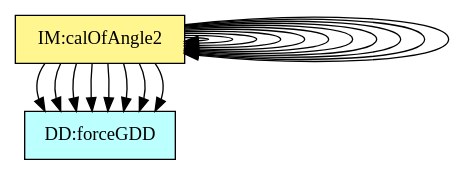
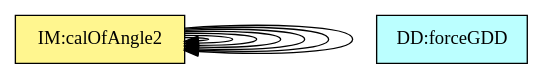
Before and after one commit to JacquesCarette/Drasil: the diagram in code/stable/dblpend/TraceyGraph/refvsref.dot, drawn with Graphviz. The commit also changed 177 other files, not shown here.

```diff
--- a/code/stable/dblpend/TraceyGraph/refvsref.dot
+++ b/code/stable/dblpend/TraceyGraph/refvsref.dot
@@ -1,71 +1,53 @@
 digraph refvsref {
-	theory:v_x1 -> dataDefn:velocity;
-	theory:v_x1 -> dataDefn:p_x1;
-	theory:v_y1 -> dataDefn:velocity;
-	theory:v_y1 -> dataDefn:p_y1;
-	theory:v_x2 -> dataDefn:velocity;
-	theory:v_x2 -> dataDefn:p_x2;
-	theory:v_y2 -> dataDefn:velocity;
-	theory:v_y2 -> dataDefn:p_y2;
 	theory:angleIM1 -> theory:angleIM2;
-	theory:angleIM2 -> theory:a_x1;
-	theory:angleIM2 -> theory:a_y1;
-	theory:angleIM2 -> theory:a_x2;
-	theory:angleIM2 -> theory:a_y2;
-	theory:angleIM2 -> theory:xForce1;
-	theory:angleIM2 -> theory:yForce1;
-	theory:angleIM2 -> theory:xForce2;
-	theory:angleIM2 -> theory:yForce2;
+	theory:angleIM2 -> theory:a_mv1;
+	theory:angleIM2 -> theory:a_mv2;
+	theory:angleIM2 -> theory:F_mv1;
+	theory:angleIM2 -> theory:F_mv2;
 	theory:angleIM2 -> theory:angleIM1;
 	theory:angleIM2 -> theory:angleIM2;
 
 
-	dataDefn:velocity	[shape=box, color=black, style=filled, fillcolor=paleturquoise1, label="DD:positionGDD"];
+	dataDefn:velocity	[shape=box, color=black, style=filled, fillcolor=paleturquoise1, label="DD:velocityGDD"];
 	dataDefn:p_x1	[shape=box, color=black, style=filled, fillcolor=paleturquoise1, label="DD:positionXDD1"];
 	dataDefn:p_y1	[shape=box, color=black, style=filled, fillcolor=paleturquoise1, label="DD:positionYDD1"];
 	dataDefn:p_x2	[shape=box, color=black, style=filled, fillcolor=paleturquoise1, label="DD:positionXDD2"];
 	dataDefn:p_y2	[shape=box, color=black, style=filled, fillcolor=paleturquoise1, label="DD:positionYDD2"];
 	dataDefn:acceleration	[shape=box, color=black, style=filled, fillcolor=paleturquoise1, label="DD:accelerationGDD"];
 	dataDefn:force	[shape=box, color=black, style=filled, fillcolor=paleturquoise1, label="DD:forceGDD"];
 
 	subgraph DD {
 	rank="same"
 	{dataDefn:velocity, dataDefn:p_x1, dataDefn:p_y1, dataDefn:p_x2, dataDefn:p_y2, dataDefn:acceleration, dataDefn:force}
 	}
 
 	theory:accelerationTM	[shape=box, color=black, style=filled, fillcolor=pink, label="TM:acceleration"];
 	theory:velocityTM	[shape=box, color=black, style=filled, fillcolor=pink, label="TM:velocity"];
 	theory:newtonSL	[shape=box, color=black, style=filled, fillcolor=pink, label="TM:NewtonSecLawMot"];
 
 	subgraph TM {
 	rank="same"
 	{theory:accelerationTM, theory:velocityTM, theory:newtonSL}
 	}
 
-	theory:v_x1	[shape=box, color=black, style=filled, fillcolor=palegreen, label="GD:velocityX1"];
-	theory:v_y1	[shape=box, color=black, style=filled, fillcolor=palegreen, label="GD:velocityY1"];
-	theory:v_x2	[shape=box, color=black, style=filled, fillcolor=palegreen, label="GD:velocityX2"];
-	theory:v_y2	[shape=box, color=black, style=filled, fillcolor=palegreen, label="GD:velocityY2"];
-	theory:a_x1	[shape=box, color=black, style=filled, fillcolor=palegreen, label="GD:accelerationX1"];
-	theory:a_y1	[shape=box, color=black, style=filled, fillcolor=palegreen, label="GD:accelerationY1"];
-	theory:a_x2	[shape=box, color=black, style=filled, fillcolor=palegreen, label="GD:accelerationX2"];
-	theory:a_y2	[shape=box, color=black, style=filled, fillcolor=palegreen, label="GD:accelerationY2"];
-	theory:xForce1	[shape=box, color=black, style=filled, fillcolor=palegreen, label="GD:xForce1"];
-	theory:yForce1	[shape=box, color=black, style=filled, fillcolor=palegreen, label="GD:yForce1"];
-	theory:xForce2	[shape=box, color=black, style=filled, fillcolor=palegreen, label="GD:xForce2"];
-	theory:yForce2	[shape=box, color=black, style=filled, fillcolor=palegreen, label="GD:yForce2"];
+	theory:v_mv1	[shape=box, color=black, style=filled, fillcolor=palegreen, label="GD:multivectorVelocity1"];
+	theory:v_mv2	[shape=box, color=black, style=filled, fillcolor=palegreen, label="GD:multivectorVelocity2"];
+	theory:a_mv1	[shape=box, color=black, style=filled, fillcolor=palegreen, label="GD:multivectorAcceleration1"];
+	theory:a_mv2	[shape=box, color=black, style=filled, fillcolor=palegreen, label="GD:multivectorAcceleration2"];
+	theory:F_mv1	[shape=box, color=black, style=filled, fillcolor=palegreen, label="GD:multivectorForce1"];
+	theory:F_mv2	[shape=box, color=black, style=filled, fillcolor=palegreen, label="GD:multivectorForce2"];
 
 	subgraph GD {
 	rank="same"
-	{theory:v_x1, theory:v_y1, theory:v_x2, theory:v_y2, theory:a_x1, theory:a_y1, theory:a_x2, theory:a_y2, theory:xForce1, theory:yForce1, theory:xForce2, theory:yForce2}
+	{theory:v_mv1, theory:v_mv2, theory:a_mv1, theory:a_mv2, theory:F_mv1, theory:F_mv2}
 	}
 
 	theory:angleIM1	[shape=box, color=black, style=filled, fillcolor=khaki1, label="IM:calOfAngle1"];
 	theory:angleIM2	[shape=box, color=black, style=filled, fillcolor=khaki1, label="IM:calOfAngle2"];
 
 	subgraph IM {
 	rank="same"
 	{theory:angleIM1, theory:angleIM2}
 	}
 
 }
```
